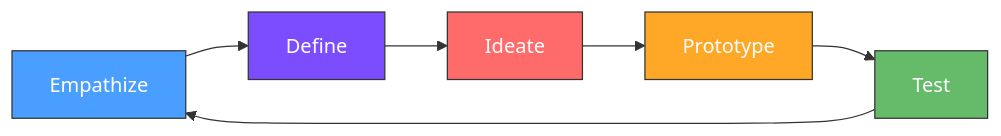
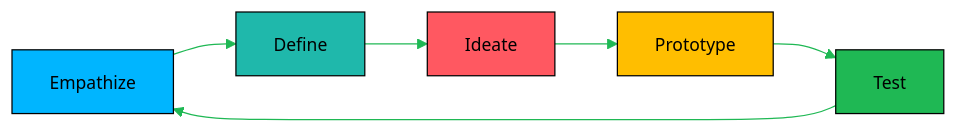
The first of 10 diagrams in software-engineering-note/03_Software_Design/10_Design_Thinking_and_Context.md (oat431/swe-knowledge), drawn with Mermaid before and after one commit. The commit also changed other lines of this file and 116 other files, not shown here.

````diff
--- a/software-engineering-note/03_Software_Design/10_Design_Thinking_and_Context.md
+++ b/software-engineering-note/03_Software_Design/10_Design_Thinking_and_Context.md
@@ -18,13 +18,14 @@
 ```mermaid
+%%{init: {'theme':'base','themeVariables':{'primaryColor':'#19362D','primaryTextColor':'#CDD3D1','primaryBorderColor':'#1FB854','lineColor':'#1FB854','secondaryColor':'#161212','tertiaryColor':'#1B1717','background':'#1B1717','mainBkg':'#19362D','nodeBorder':'#1FB854','clusterBkg':'#161212','clusterBorder':'#19362D','titleColor':'#1FB854','edgeLabelBackground':'#161212','fontSize':'14px'}}}%%
 graph LR
     A[Empathize] --> B[Define]
     B --> C[Ideate]
     C --> D[Prototype]
     D --> E[Test]
     E --> A
-    style A fill:#4a9eff,stroke:#333,color:#fff
-    style B fill:#7c4dff,stroke:#333,color:#fff
-    style C fill:#ff6b6b,stroke:#333,color:#fff
-    style D fill:#ffa726,stroke:#333,color:#fff
-    style E fill:#66bb6a,stroke:#333,color:#fff
+    style A fill:#00B5FF,stroke:#000000,color:#000000
+    style B fill:#1FB8AB,stroke:#000000,color:#000000
+    style C fill:#FF5861,stroke:#000000,color:#000000
+    style D fill:#FFBE00,stroke:#000000,color:#000000
+    style E fill:#1FB854,stroke:#000000,color:#000000
 ```
````
